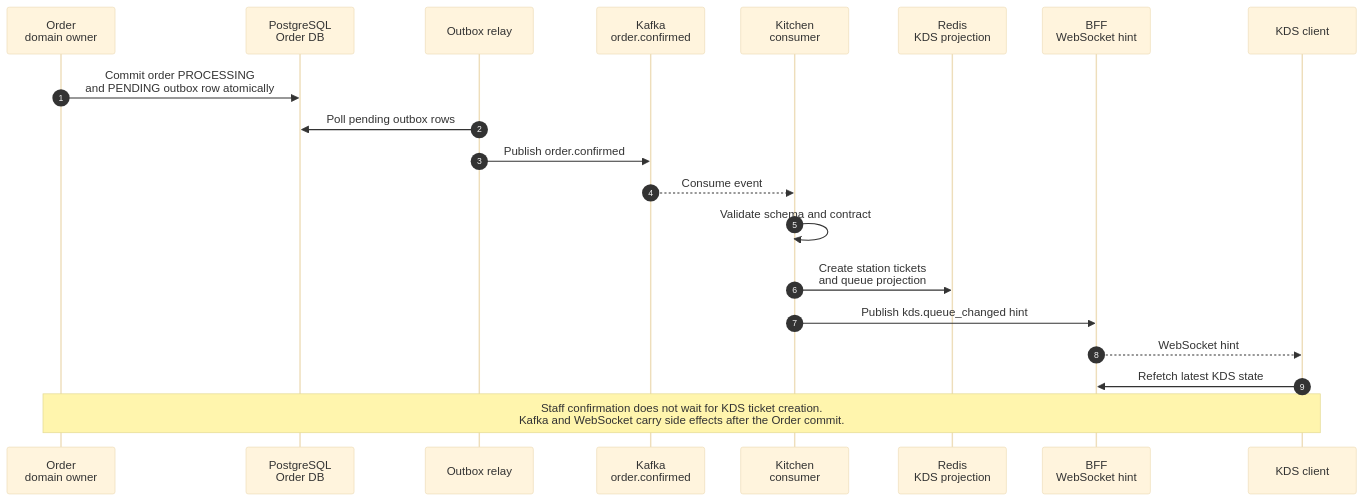
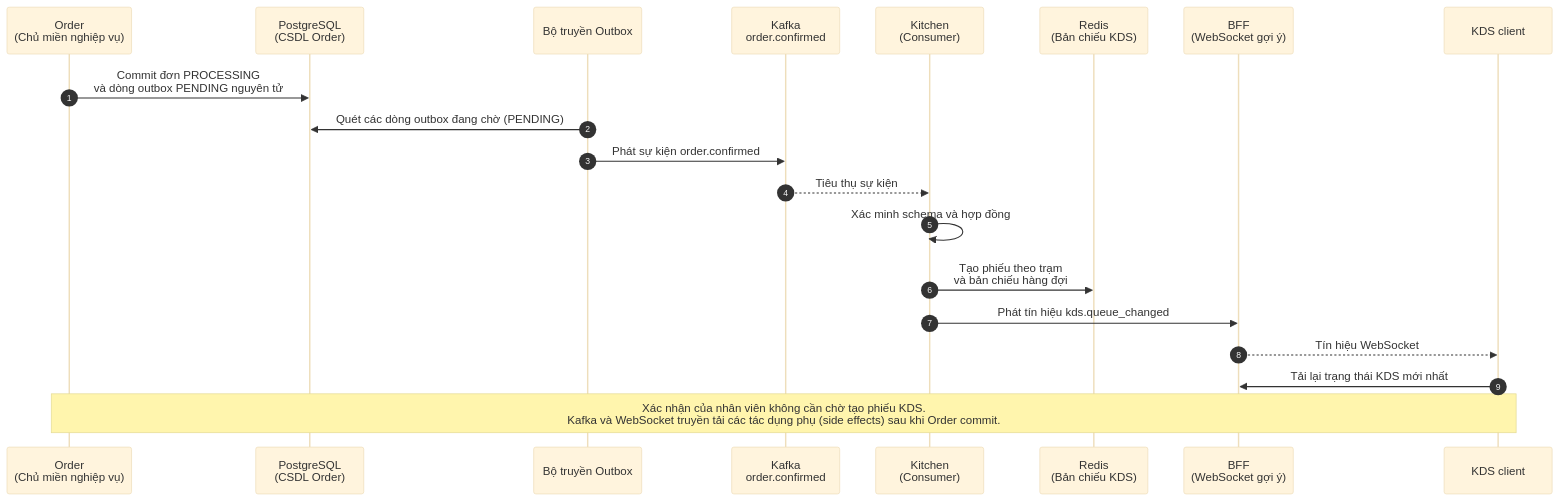
The diagram in docs/graduation-thesis-resources/thesis-report/assets/diagrams/chapter5-order-confirm-outbox-kds.mmd (quan-vo-dinh/saas-pos-microservices-qrtable), drawn with Mermaid (base theme) before and after one commit. The commit also changed other lines of this file and 98 other files, not shown here.

```diff
--- a/docs/graduation-thesis-resources/thesis-report/assets/diagrams/chapter5-order-confirm-outbox-kds.mmd
+++ b/docs/graduation-thesis-resources/thesis-report/assets/diagrams/chapter5-order-confirm-outbox-kds.mmd
@@ -1,22 +1,22 @@
 sequenceDiagram
   autonumber
-  participant Order as Order<br/>domain owner
-  participant ODB as PostgreSQL<br/>Order DB
-  participant Outbox as Outbox relay
+  participant Order as Order<br/>(Chủ miền nghiệp vụ)
+  participant ODB as PostgreSQL<br/>(CSDL Order)
+  participant Outbox as Bộ truyền Outbox
   participant Kafka as Kafka<br/>order.confirmed
-  participant Kitchen as Kitchen<br/>consumer
-  participant Redis as Redis<br/>KDS projection
-  participant BFF as BFF<br/>WebSocket hint
+  participant Kitchen as Kitchen<br/>(Consumer)
+  participant Redis as Redis<br/>(Bản chiếu KDS)
+  participant BFF as BFF<br/>(WebSocket gợi ý)
   participant KDS as KDS client
 
-  Order->>ODB: Commit order PROCESSING<br/>and PENDING outbox row atomically
-  Outbox->>ODB: Poll pending outbox rows
-  Outbox->>Kafka: Publish order.confirmed
-  Kafka-->>Kitchen: Consume event
-  Kitchen->>Kitchen: Validate schema and contract
-  Kitchen->>Redis: Create station tickets<br/>and queue projection
-  Kitchen->>BFF: Publish kds.queue_changed hint
-  BFF-->>KDS: WebSocket hint
-  KDS->>BFF: Refetch latest KDS state
+  Order->>ODB: Commit đơn PROCESSING<br/>và dòng outbox PENDING nguyên tử
+  Outbox->>ODB: Quét các dòng outbox đang chờ (PENDING)
+  Outbox->>Kafka: Phát sự kiện order.confirmed
+  Kafka-->>Kitchen: Tiêu thụ sự kiện
+  Kitchen->>Kitchen: Xác minh schema và hợp đồng
+  Kitchen->>Redis: Tạo phiếu theo trạm<br/>và bản chiếu hàng đợi
+  Kitchen->>BFF: Phát tín hiệu kds.queue_changed
+  BFF-->>KDS: Tín hiệu WebSocket
+  KDS->>BFF: Tải lại trạng thái KDS mới nhất
 
-  Note over Order,KDS: Staff confirmation does not wait for KDS ticket creation.<br/>Kafka and WebSocket carry side effects after the Order commit.
+  Note over Order,KDS: Xác nhận của nhân viên không cần chờ tạo phiếu KDS.<br/>Kafka và WebSocket truyền tải các tác dụng phụ (side effects) sau khi Order commit.
```
